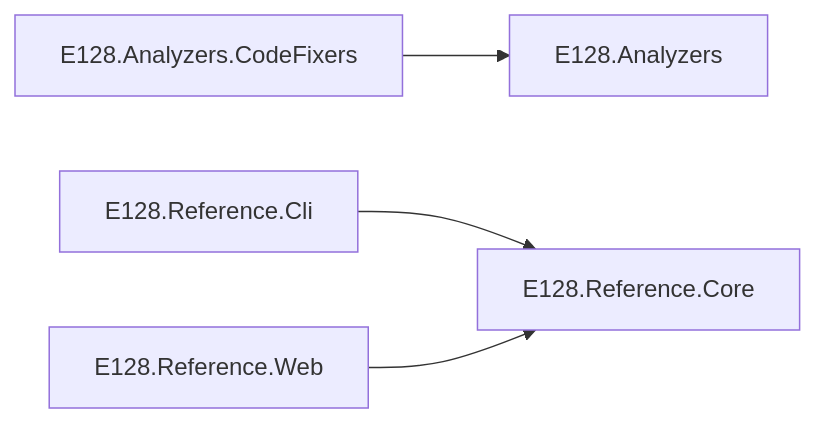
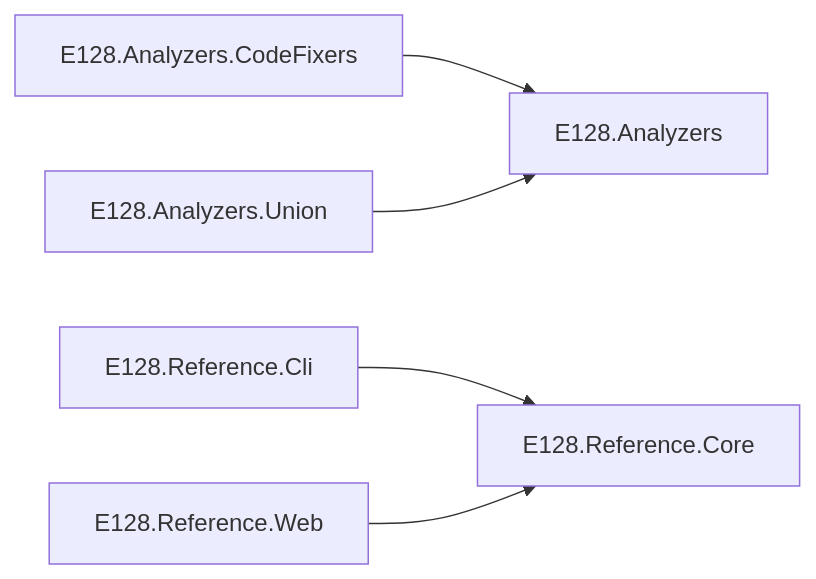
The diagram in lode/dotnet/architecture-testing.md (e128/dotnet-reference), drawn with Mermaid before and after one commit. The commit also changed other lines of this file and 15 other files, not shown here.

````diff
--- a/lode/dotnet/architecture-testing.md
+++ b/lode/dotnet/architecture-testing.md
@@ -78,6 +78,7 @@
 ```mermaid
 graph LR
     CodeFixers[E128.Analyzers.CodeFixers] --> Analyzers[E128.Analyzers]
+    Union[E128.Analyzers.Union] --> Analyzers
     Cli[E128.Reference.Cli] --> Core[E128.Reference.Core]
     Web[E128.Reference.Web] --> Core
 ```
````
